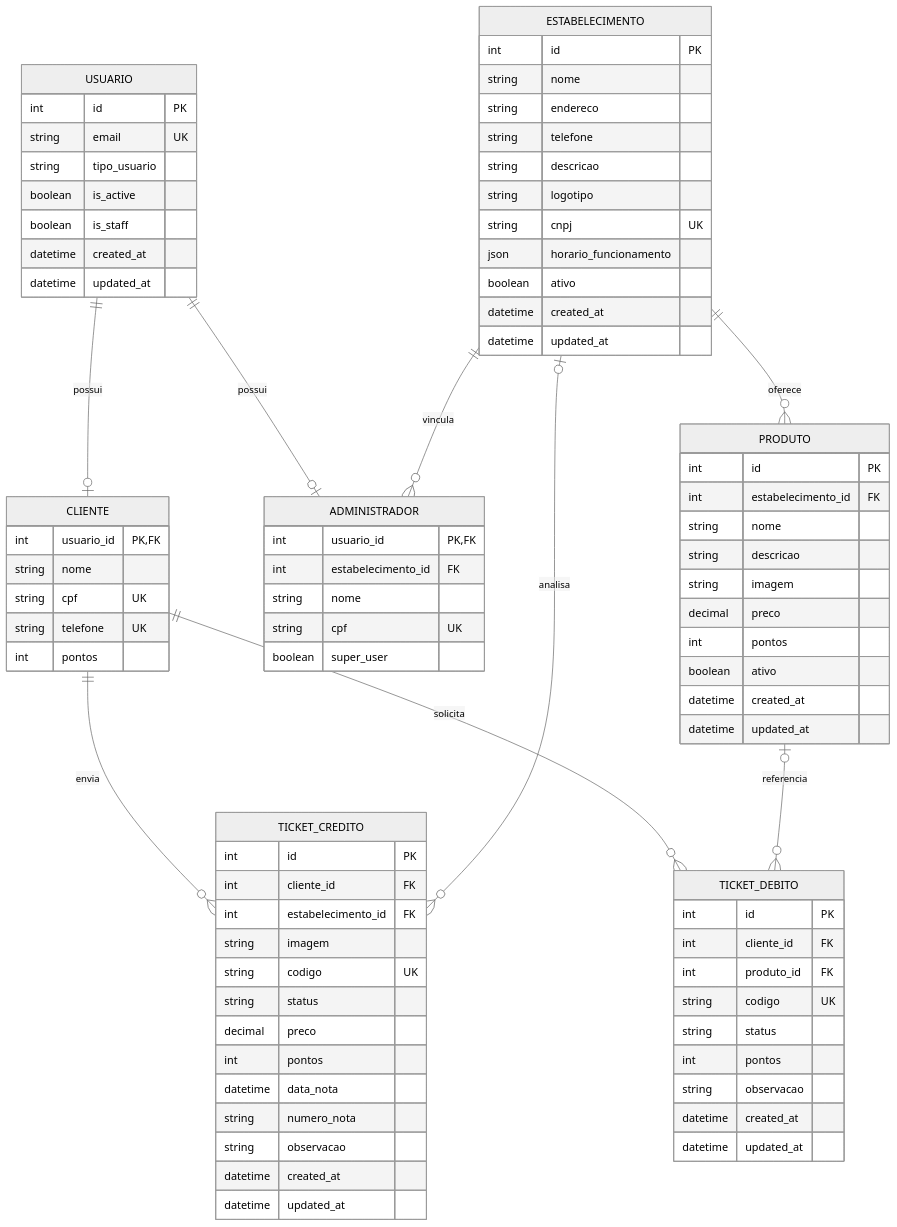
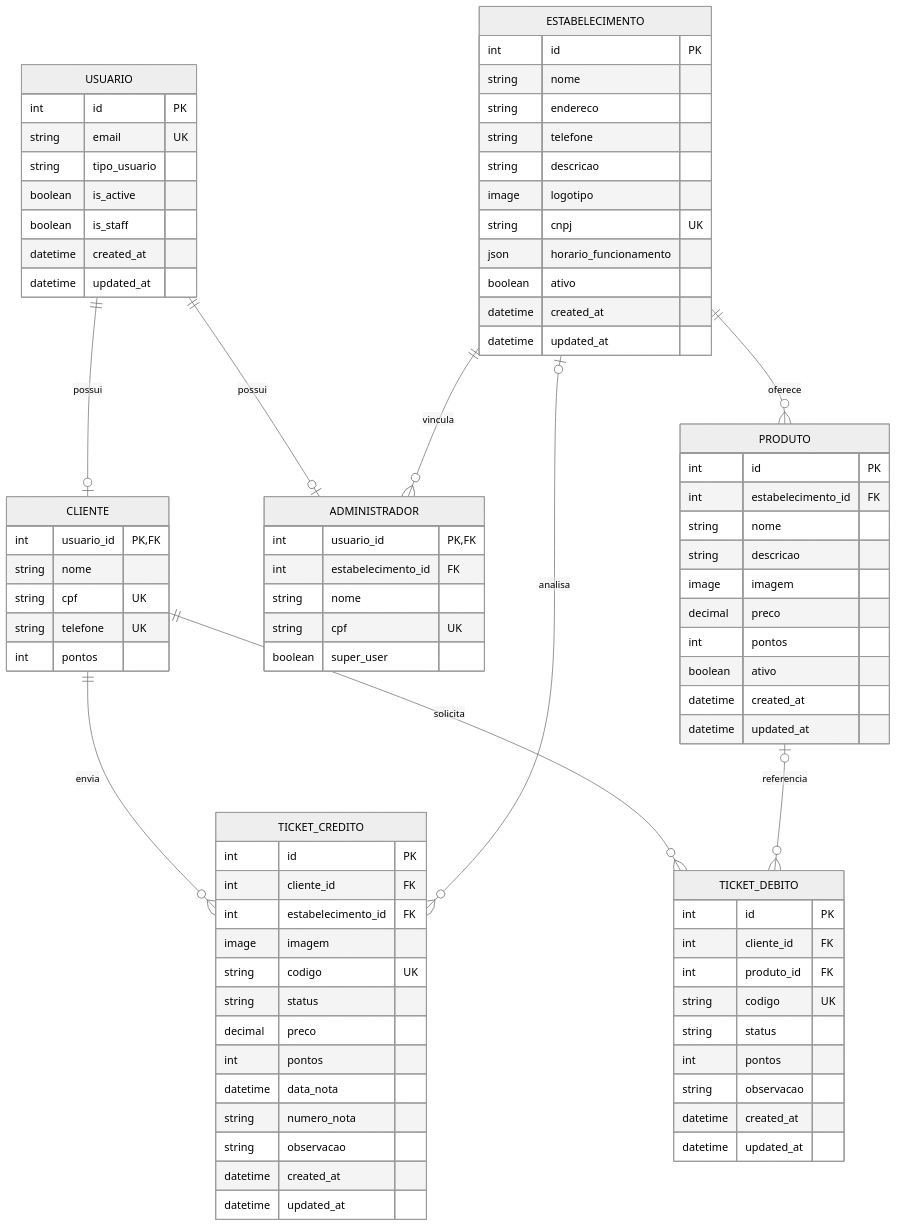
One commit to Gabriela-Amaro/JanuPoints-TCC changed the diagram in docs/diagram_er.md. Above: the diagram before and after it, drawn with Mermaid (neutral theme).

Commit message:
fix: tipo das imagens no diagrama ER

```diff
--- a/docs/diagram_er.md
+++ b/docs/diagram_er.md
@@ -40,7 +40,7 @@
         string endereco
         string telefone
         string descricao
-        string logotipo
+        image logotipo
         string cnpj UK
         json horario_funcionamento
         boolean ativo
@@ -53,7 +53,7 @@
         int estabelecimento_id FK
         string nome
         string descricao
-        string imagem
+        image imagem
         decimal preco
         int pontos
         boolean ativo
@@ -65,7 +65,7 @@
         int id PK
         int cliente_id FK
         int estabelecimento_id FK
-        string imagem
+        image imagem
         string codigo UK
         string status
         decimal preco
```
